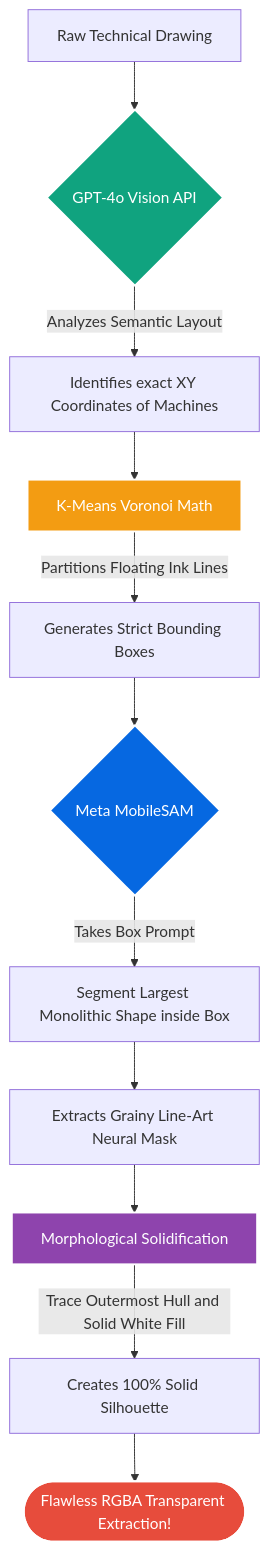
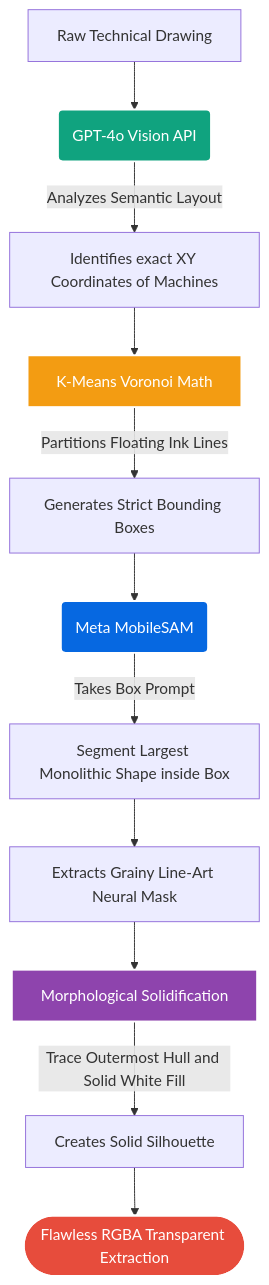
Before and after one commit to supunabeywickrama/figure_split_test: the diagram in README.md, drawn with Mermaid.

Commit message:
docs: simplify Mermaid flowchart syntax and node labels in README

````diff
--- a/README.md
+++ b/README.md
@@ -9,19 +9,19 @@
 ```mermaid
 flowchart TD
-    A["Raw Technical Drawing"] --> B{"GPT-4o Vision API"}
-    B -->|Analyzes Semantic Layout| C["Identifies exact XY Coordinates of Machines"]
-    C --> D["K-Means Voronoi Math"]
-    D -->|Partitions Floating Ink Lines| E["Generates Strict Bounding Boxes"]
-    E --> F{"Meta MobileSAM"}
-    F -->|Takes Box Prompt| G["Segment Largest Monolithic Shape inside Box"]
-    G --> H["Extracts Grainy Line-Art Neural Mask"]
-    H --> I["Morphological Solidification"]
-    I -->|Trace Outermost Hull and Solid White Fill| J["Creates 100% Solid Silhouette"]
-    J --> K(["Flawless RGBA Transparent Extraction!"])
+    A[Raw Technical Drawing] --> B(GPT-4o Vision API)
+    B -->|Analyzes Semantic Layout| C[Identifies exact XY Coordinates of Machines]
+    C --> D[K-Means Voronoi Math]
+    D -->|Partitions Floating Ink Lines| E[Generates Strict Bounding Boxes]
+    E --> F(Meta MobileSAM)
+    F -->|Takes Box Prompt| G[Segment Largest Monolithic Shape inside Box]
+    G --> H[Extracts Grainy Line-Art Neural Mask]
+    H --> I[Morphological Solidification]
+    I -->|Trace Outermost Hull and Solid White Fill| J[Creates Solid Silhouette]
+    J --> K([Flawless RGBA Transparent Extraction])
     
     style B fill:#10a37f,stroke:#fff,stroke-width:2px,color:#fff
     style D fill:#f39c12,stroke:#fff,stroke-width:2px,color:#fff
     style F fill:#0668E1,stroke:#fff,stroke-width:2px,color:#fff
     style I fill:#8e44ad,stroke:#fff,stroke-width:2px,color:#fff
     style K fill:#e74c3c,stroke:#fff,stroke-width:2px,color:#fff
 ```
````
